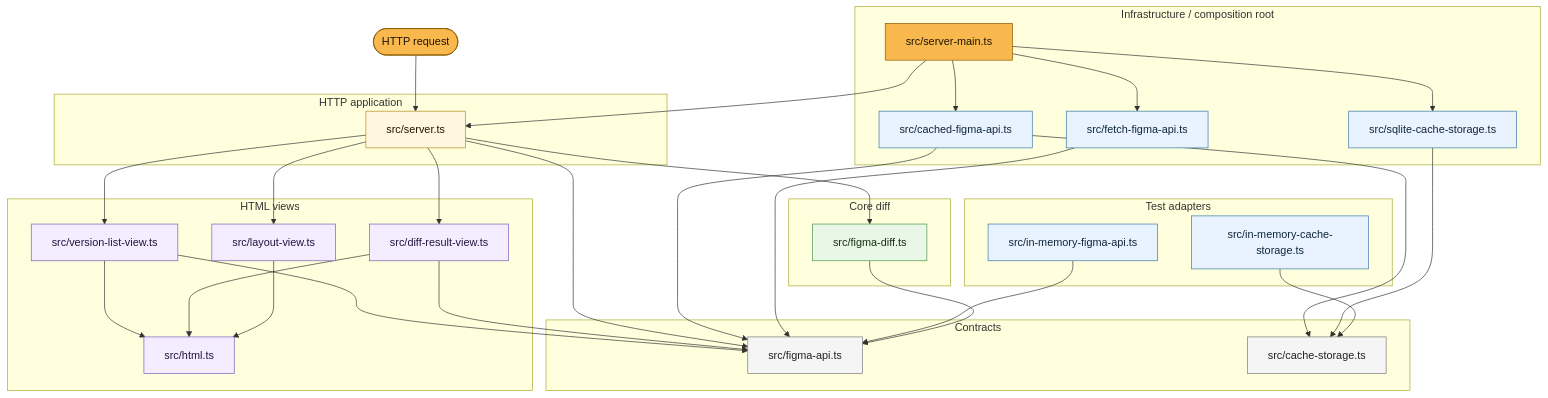
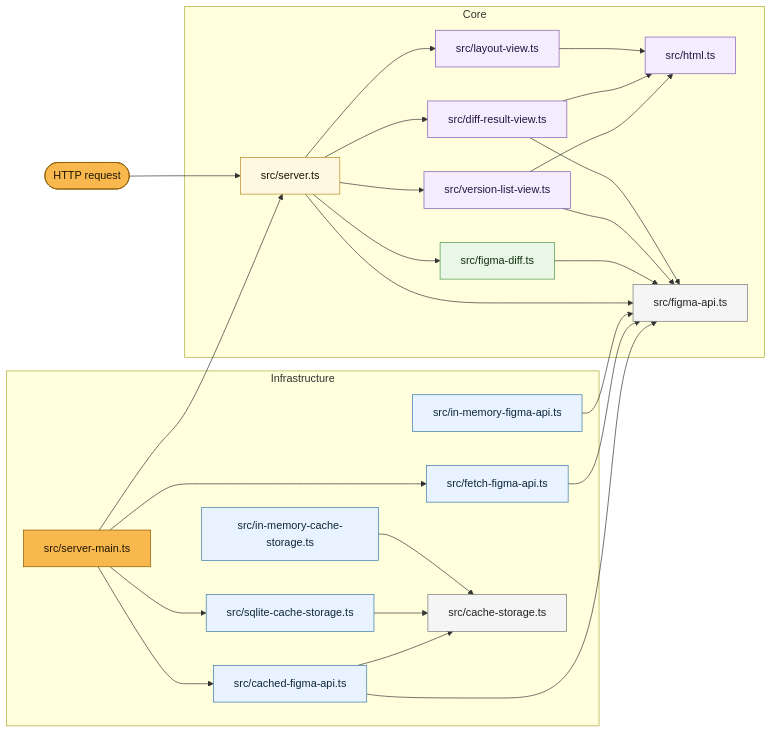
One commit to audinue/figma-diff changed the diagram in README.md. Above: the diagram before and after it, drawn with Mermaid.

Commit message:
Simplify architecture diagram groups

````diff
--- a/README.md
+++ b/README.md
@@ -66,75 +66,65 @@
 ```mermaid
-flowchart TD
+flowchart LR
   request([HTTP request])
 
-  subgraph infra["Infrastructure / composition root"]
+  subgraph infra["Infrastructure"]
     main["src/server-main.ts"]
     cached["src/cached-figma-api.ts"]
     fetch["src/fetch-figma-api.ts"]
     sqlite["src/sqlite-cache-storage.ts"]
+    memoryApi["src/in-memory-figma-api.ts"]
+    memoryCache["src/in-memory-cache-storage.ts"]
+    cacheStorage["src/cache-storage.ts"]
   end
 
-  subgraph testInfra["Test adapters"]
-    memoryApi["src/in-memory-figma-api.ts"]
-    memoryCache["src/in-memory-cache-storage.ts"]
-  end
-
-  subgraph app["HTTP application"]
+  subgraph core["Core"]
     server["src/server.ts"]
-  end
-
-  subgraph core["Core diff"]
     diff["src/figma-diff.ts"]
-  end
-
-  subgraph views["HTML views"]
     versionList["src/version-list-view.ts"]
     diffResult["src/diff-result-view.ts"]
     layout["src/layout-view.ts"]
     html["src/html.ts"]
-  end
-
-  subgraph contracts["Contracts"]
     figmaApi["src/figma-api.ts"]
-    cacheStorage["src/cache-storage.ts"]
   end
 
   request --> server
+
   main --> server
   main --> cached
   main --> fetch
   main --> sqlite
+
+  cached --> cacheStorage
+  cached --> figmaApi
+  fetch --> figmaApi
+  sqlite --> cacheStorage
+  memoryApi --> figmaApi
+  memoryCache --> cacheStorage
+
   server --> figmaApi
   server --> diff
   server --> versionList
   server --> diffResult
   server --> layout
-
-  cached --> cacheStorage
-  cached --> figmaApi
-  fetch --> figmaApi
-  memoryApi --> figmaApi
-  sqlite --> cacheStorage
-  memoryCache --> cacheStorage
 
   diff --> figmaApi
   versionList --> figmaApi
   diffResult --> figmaApi
   versionList --> html
   diffResult --> html
   layout --> html
 
   classDef entry fill:#f8b84e,stroke:#8a5a00,color:#1f1600;
   classDef orchestrator fill:#fff7df,stroke:#b78a1d,color:#1f1600;
   classDef adapter fill:#e8f3ff,stroke:#3977aa,color:#10263a;
   classDef core fill:#e9f8e6,stroke:#4d9446,color:#143011;
   classDef view fill:#f3edff,stroke:#7d5ab8,color:#24143f;
   classDef contract fill:#f5f5f5,stroke:#777,color:#222;
 
   class request,main entry;
   class server orchestrator;
   class cached,fetch,memoryApi,sqlite,memoryCache adapter;
   class diff core;
   class versionList,diffResult,layout,html view;
   class figmaApi,cacheStorage contract;
 ```
````
